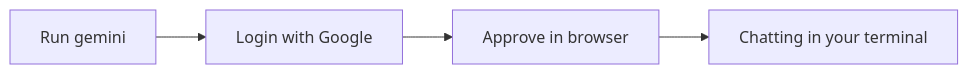
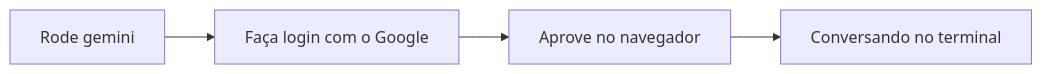
Before and after one commit to KakkoiDev/izumo-io: the diagram in content/ai/a02.pt.md, drawn with Mermaid. The commit also changed 47 other files, not shown here.

First line of the commit message:
Translate mermaid diagram labels to JA + PT in AI lessons

````diff
--- a/content/ai/a02.pt.md
+++ b/content/ai/a02.pt.md
@@ -49,6 +49,6 @@
 ```mermaid
 flowchart LR
-    A[Run gemini] --> B[Login with Google]
-    B --> C[Approve in browser]
-    C --> D[Chatting in your terminal]
+    A[Rode gemini] --> B[Faça login com o Google]
+    B --> C[Aprove no navegador]
+    C --> D[Conversando no terminal]
 ```
````
